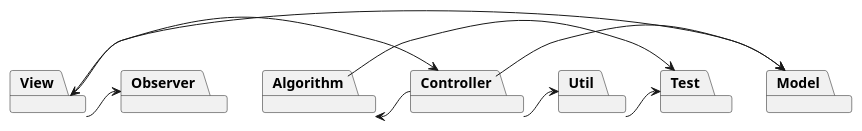
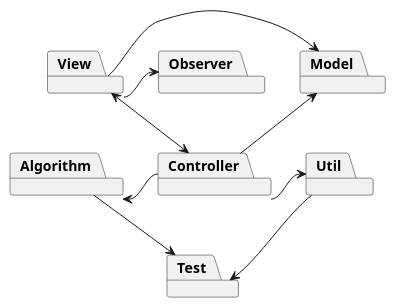
The diagram in src/documentation/PackageDiagram.puml (Karlenkko/Agile-OnErrand), drawn with PlantUML before and after one commit.

Commit message:
doc(PackageDiagramme):change the view

```diff
--- a/src/documentation/PackageDiagram.puml
+++ b/src/documentation/PackageDiagram.puml
@@ -1,44 +1,44 @@
 @startuml
 
 'abstract class AbstractList
 'abstract AbstractCollection
 'interface List
 'interface Collection
 '
 'List <|-- AbstractList
 'Collection <|-- AbstractCollection
 '
 'Collection <|- List
 'AbstractCollection <|- AbstractList
 'AbstractList <|-- ArrayList
 '
 'class ArrayList {
 'Object[] elementData
 'size()
 '}
 '
 'enum TimeUnit {
 'DAYS
 'HOURS
 'MINUTES
 '}
 
 Package Controller
 Package Util
 Package Algorithm
 Package Model
 Package Test
 Package View
 Package Observer
 
-View <-> Controller
-Controller -> Model
+View <-down-> Controller
+Controller -up-> Model
 View -> Model
 Algorithm <- Controller
 Controller -> Util
 
-Util -> Test
-Algorithm -> Test
+Util -down-> Test
+Algorithm -down-> Test
 View -> Observer
 
 @enduml
```
